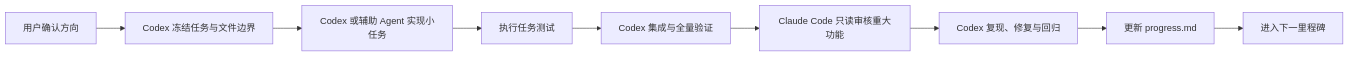
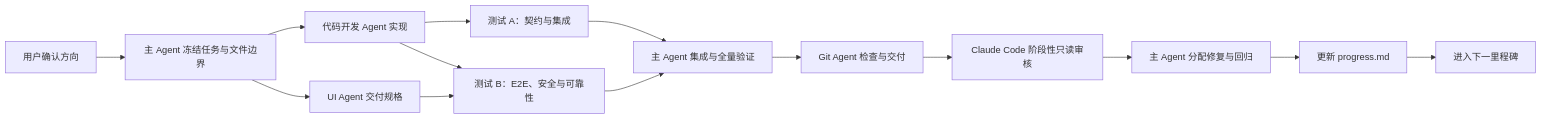
The diagram in agent-coordination.md (AuroraLiu67/embodied-news), drawn with Mermaid before and after one commit. The commit also changed other lines of this file and 5 other files, not shown here.

````diff
--- a/agent-coordination.md
+++ b/agent-coordination.md
@@ -183,11 +203,16 @@
 ```mermaid
 flowchart LR
-    User["用户确认方向"] --> CodexPlan["Codex 冻结任务与文件边界"]
-    CodexPlan --> Implement["Codex 或辅助 Agent 实现小任务"]
-    Implement --> Tests["执行任务测试"]
-    Tests --> Integrate["Codex 集成与全量验证"]
-    Integrate --> Review["Claude Code 只读审核重大功能"]
-    Review --> Fix["Codex 复现、修复与回归"]
+    User["用户确认方向"] --> Lead["主 Agent 冻结任务与文件边界"]
+    Lead --> Implement["代码开发 Agent 实现"]
+    Lead --> Design["UI Agent 交付规格"]
+    Implement --> QA1["测试 A：契约与集成"]
+    Implement --> QA2["测试 B：E2E、安全与可靠性"]
+    Design --> QA2
+    QA1 --> Integrate["主 Agent 集成与全量验证"]
+    QA2 --> Integrate
+    Integrate --> Git["Git Agent 检查与交付"]
+    Git --> Review["Claude Code 阶段性只读审核"]
+    Review --> Fix["主 Agent 分配修复与回归"]
     Fix --> Progress["更新 progress.md"]
     Progress --> Next["进入下一里程碑"]
 ```
````
